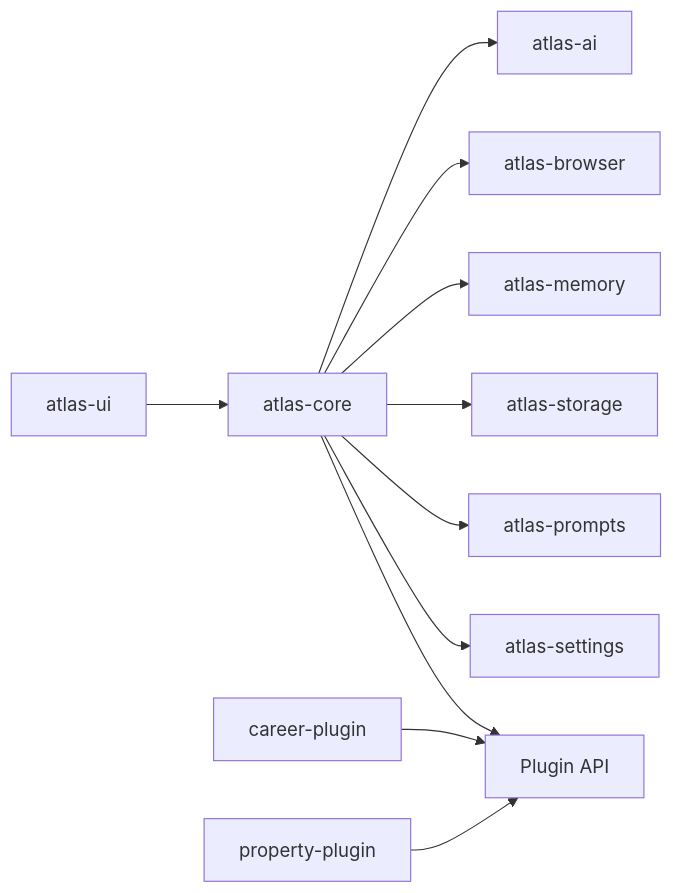
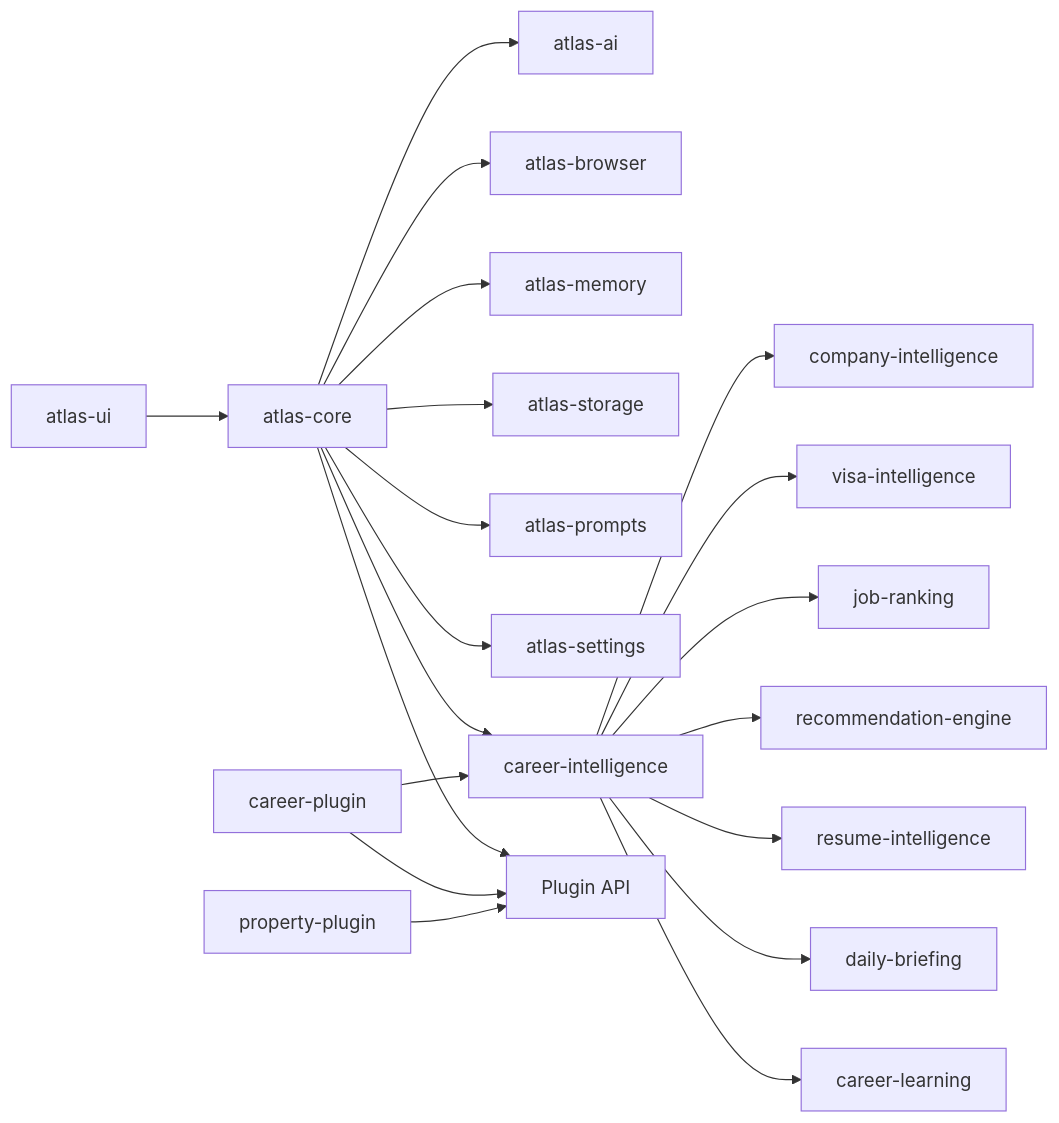
One commit to darasandeep7/app-flyout changed the diagram in docs/ARCHITECTURE.md. Above: the diagram before and after it, drawn with Mermaid. The commit also changed other lines of this file and 51 other files, not shown here.

Commit message:
Add Career Intelligence Engine

````diff
--- a/docs/ARCHITECTURE.md
+++ b/docs/ARCHITECTURE.md
@@ -3,13 +3,22 @@
 ```mermaid
 flowchart LR
   UI["atlas-ui"] --> Core["atlas-core"]
   Core --> AI["atlas-ai"]
   Core --> Browser["atlas-browser"]
   Core --> Memory["atlas-memory"]
   Core --> Storage["atlas-storage"]
   Core --> Prompts["atlas-prompts"]
   Core --> Settings["atlas-settings"]
+  Core --> CareerIntel["career-intelligence"]
+  CareerIntel --> CompanyIntel["company-intelligence"]
+  CareerIntel --> VisaIntel["visa-intelligence"]
+  CareerIntel --> Ranking["job-ranking"]
+  CareerIntel --> Recs["recommendation-engine"]
+  CareerIntel --> ResumeIntel["resume-intelligence"]
+  CareerIntel --> Briefing["daily-briefing"]
+  CareerIntel --> Learning["career-learning"]
   Core --> Plugins["Plugin API"]
   Career["career-plugin"] --> Plugins
+  Career --> CareerIntel
   Property["property-plugin"] --> Plugins
 ```
````
